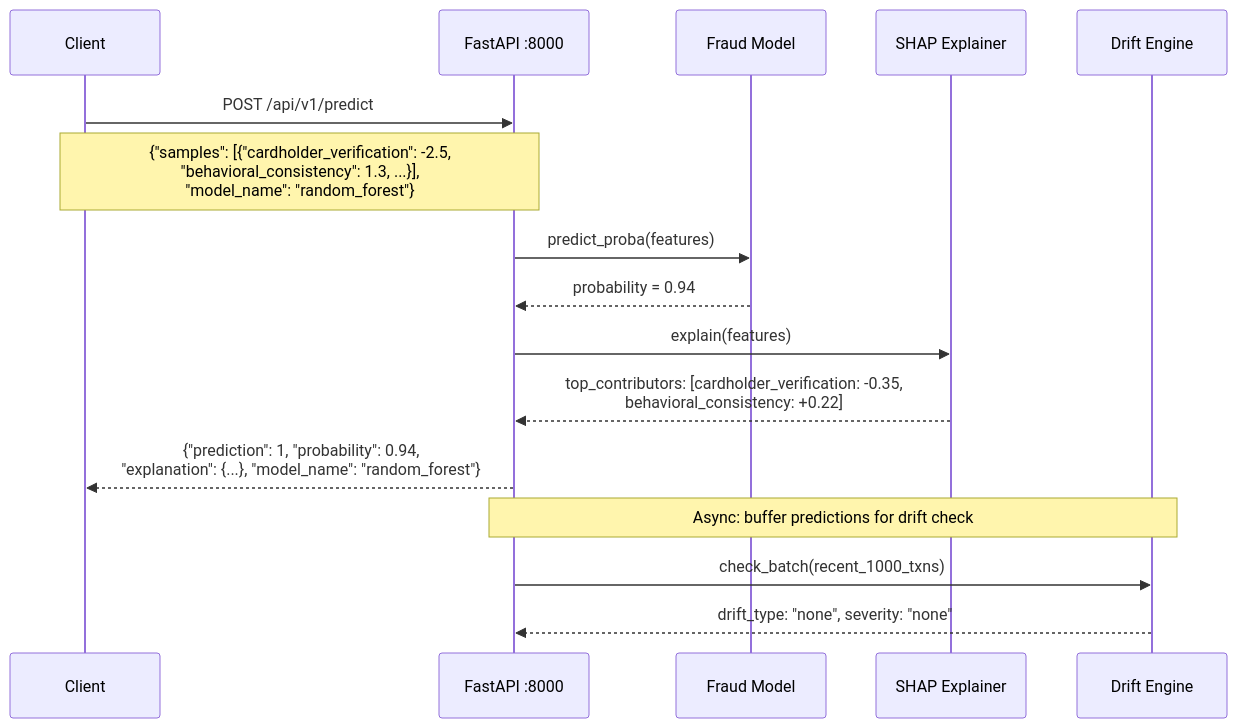
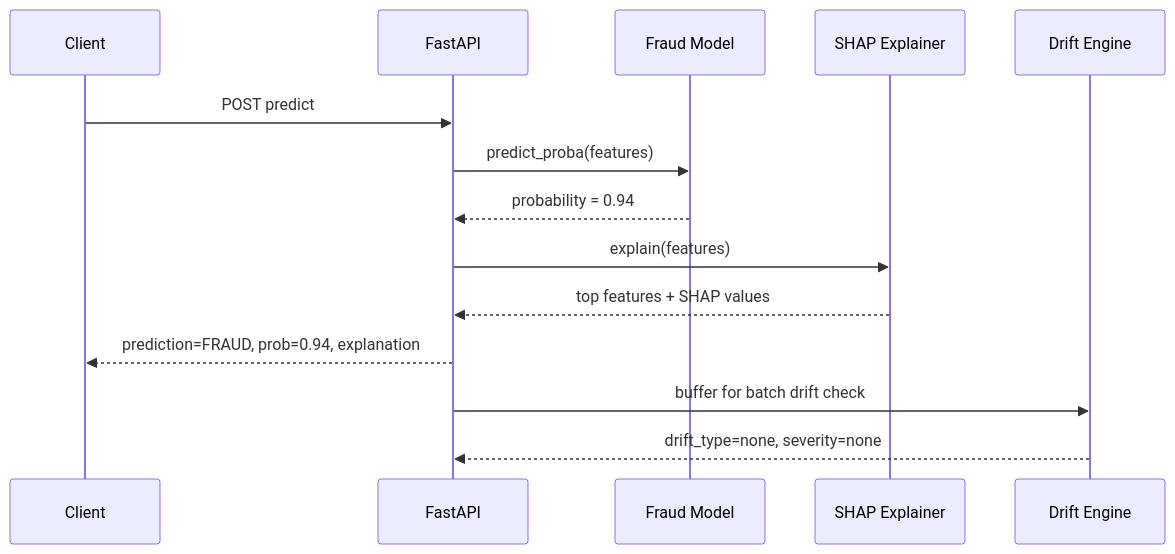
One commit to sheriff786/drift-taxonomy-engine changed the fifth of 7 diagrams in README.md. Above: the diagram before and after it, drawn with Mermaid. The commit also changed other lines of this file and 1 other file, not shown here.

````diff
--- a/README.md
+++ b/README.md
@@ -231,23 +196,17 @@
 ```mermaid
 sequenceDiagram
     participant Client
-    participant API as FastAPI :8000
+    participant API as FastAPI
     participant Model as Fraud Model
     participant SHAP as SHAP Explainer
     participant Drift as Drift Engine
 
-    Client->>API: POST /api/v1/predict
-    Note over Client,API: {"samples": [{"cardholder_verification": -2.5,<br>"behavioral_consistency": 1.3, ...}],<br>"model_name": "random_forest"}
-    
+    Client->>API: POST predict
     API->>Model: predict_proba(features)
     Model-->>API: probability = 0.94
-    
     API->>SHAP: explain(features)
-    SHAP-->>API: top_contributors: [cardholder_verification: -0.35,<br>behavioral_consistency: +0.22]
-    
-    API-->>Client: {"prediction": 1, "probability": 0.94,<br>"explanation": {...}, "model_name": "random_forest"}
-    
-    Note over API,Drift: Async: buffer predictions for drift check
-    API->>Drift: check_batch(recent_1000_txns)
-    Drift-->>API: drift_type: "none", severity: "none"
+    SHAP-->>API: top features + SHAP values
+    API-->>Client: prediction=FRAUD, prob=0.94, explanation
+    API->>Drift: buffer for batch drift check
+    Drift-->>API: drift_type=none, severity=none
 ```
````
